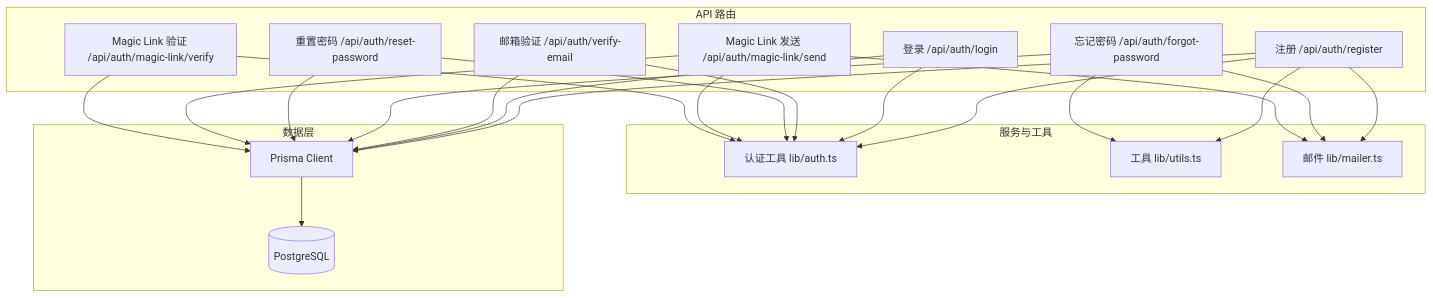
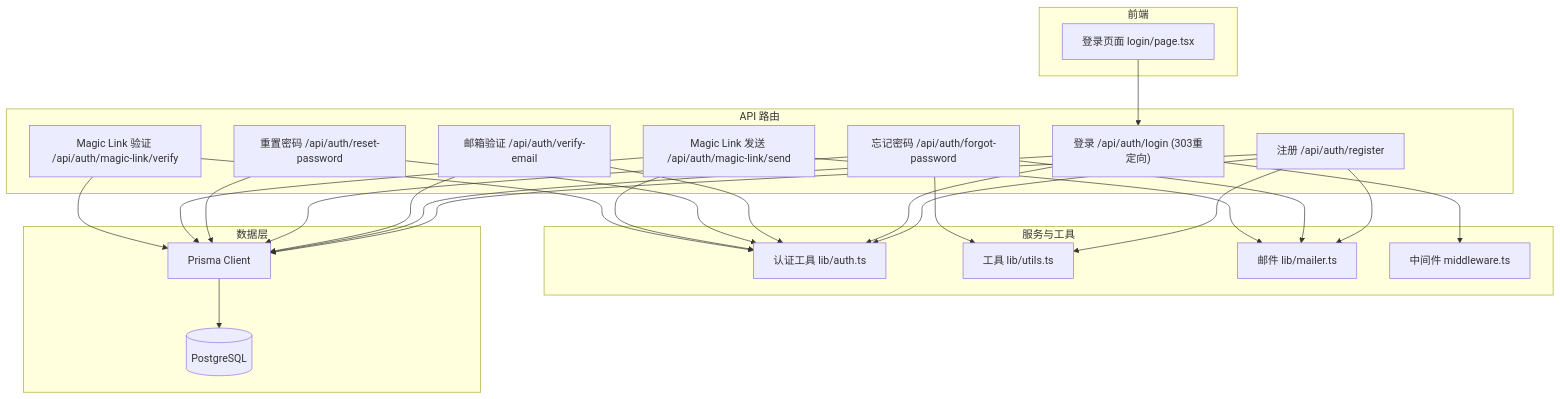
The first of 10 diagrams in .qoder/repowiki/zh/content/用户认证系统/密码认证.md (kangkang919/xinya), drawn with Mermaid before and after one commit. The commit also changed other lines of this file and 37 other files, not shown here.

````diff
--- a/.qoder/repowiki/zh/content/用户认证系统/密码认证.md
+++ b/.qoder/repowiki/zh/content/用户认证系统/密码认证.md
@@ -52,40 +64,46 @@
 ```mermaid
 graph TB
 subgraph "API 路由"
 R["注册 /api/auth/register"]
-L["登录 /api/auth/login"]
+L["登录 /api/auth/login (303重定向)"]
 V["邮箱验证 /api/auth/verify-email"]
 FP["忘记密码 /api/auth/forgot-password"]
 RP["重置密码 /api/auth/reset-password"]
 ML_SEND["Magic Link 发送 /api/auth/magic-link/send"]
 ML_VERIFY["Magic Link 验证 /api/auth/magic-link/verify"]
 end
 subgraph "服务与工具"
 AUTH["认证工具 lib/auth.ts"]
 UTILS["工具 lib/utils.ts"]
 MAILER["邮件 lib/mailer.ts"]
+MIDDLEWARE["中间件 middleware.ts"]
+end
+subgraph "前端"
+LOGIN_PAGE["登录页面 login/page.tsx"]
 end
 subgraph "数据层"
 PRISMA["Prisma Client"]
 DB[(PostgreSQL)]
 end
 R --> AUTH
 R --> PRISMA
 R --> MAILER
 R --> UTILS
 L --> AUTH
 L --> PRISMA
+L --> MIDDLEWARE
 V --> AUTH
 V --> PRISMA
 FP --> PRISMA
 FP --> MAILER
 FP --> UTILS
 RP --> AUTH
 RP --> PRISMA
 ML_SEND --> PRISMA
 ML_SEND --> MAILER
 ML_SEND --> AUTH
 ML_VERIFY --> AUTH
 ML_VERIFY --> PRISMA
+LOGIN_PAGE --> L
 PRISMA --> DB
 ```
````
